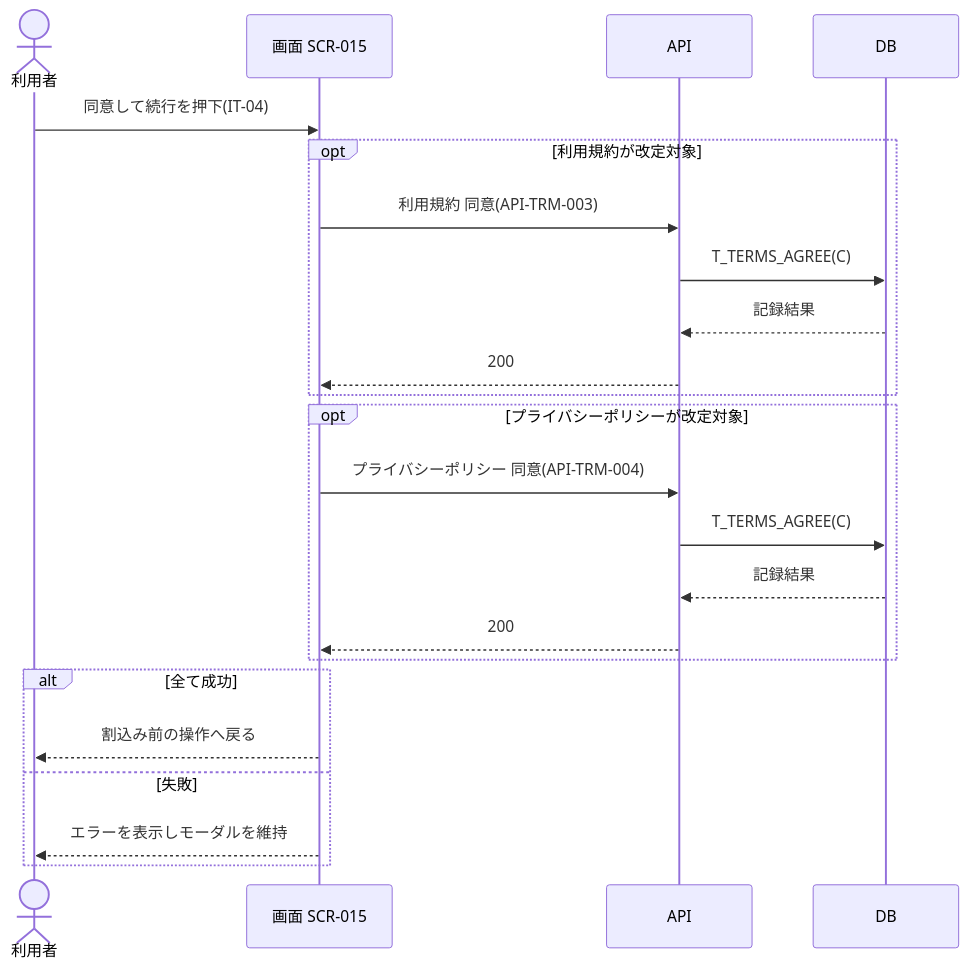
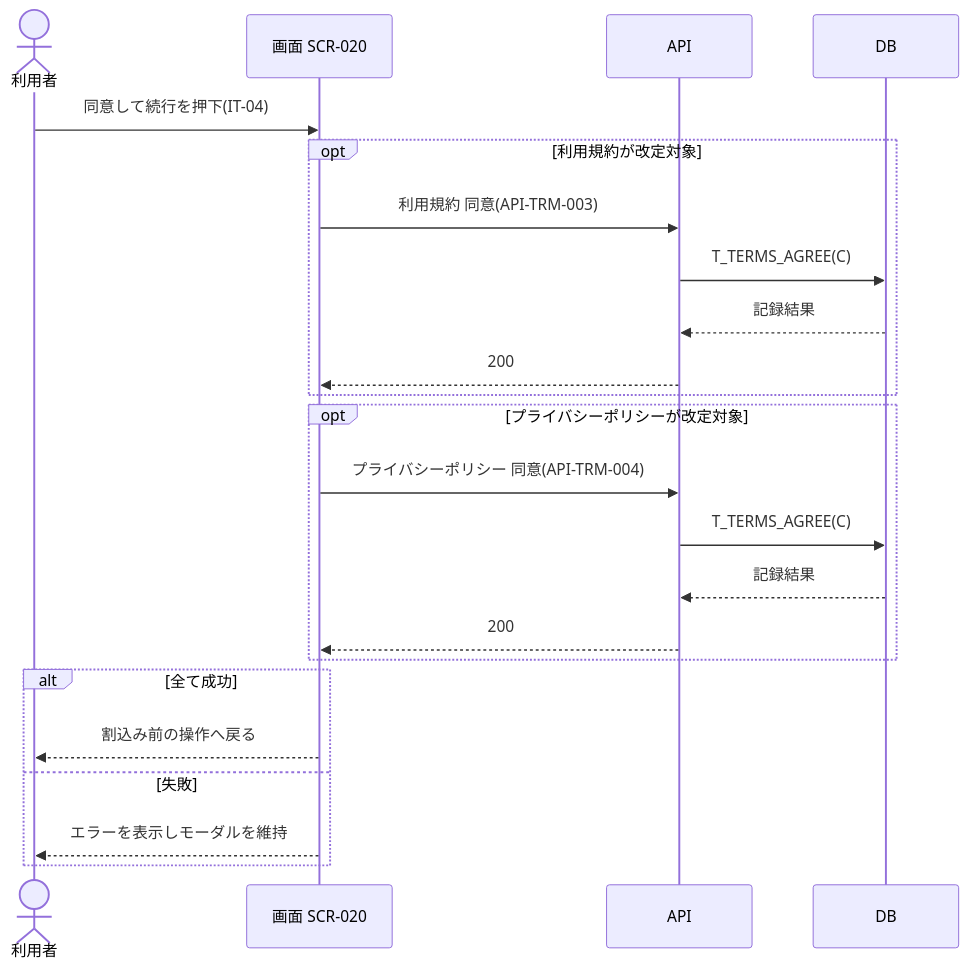
One commit to sikakou54/open-faq changed the diagram in 01_requirements/02_business_usecases/UC-169.md. Above: the diagram before and after it, drawn with Mermaid. The commit also changed other lines of this file and 617 other files, not shown here.

````diff
--- a/01_requirements/02_business_usecases/UC-169.md
+++ b/01_requirements/02_business_usecases/UC-169.md
@@ -38,25 +38,25 @@
 ```mermaid
 sequenceDiagram
   actor U as 利用者
-  participant S as 画面 SCR-015
+  participant S as 画面 SCR-020
   participant API as API
   participant DB as DB
   U->>S: 同意して続行を押下(IT-04)
   opt 利用規約が改定対象
     S->>API: 利用規約 同意(API-TRM-003)
     API->>DB: T_TERMS_AGREE(C)
     DB-->>API: 記録結果
     API-->>S: 200
   end
   opt プライバシーポリシーが改定対象
     S->>API: プライバシーポリシー 同意(API-TRM-004)
     API->>DB: T_TERMS_AGREE(C)
     DB-->>API: 記録結果
     API-->>S: 200
   end
   alt 全て成功
     S-->>U: 割込み前の操作へ戻る
   else 失敗
     S-->>U: エラーを表示しモーダルを維持
   end
 ```
````
